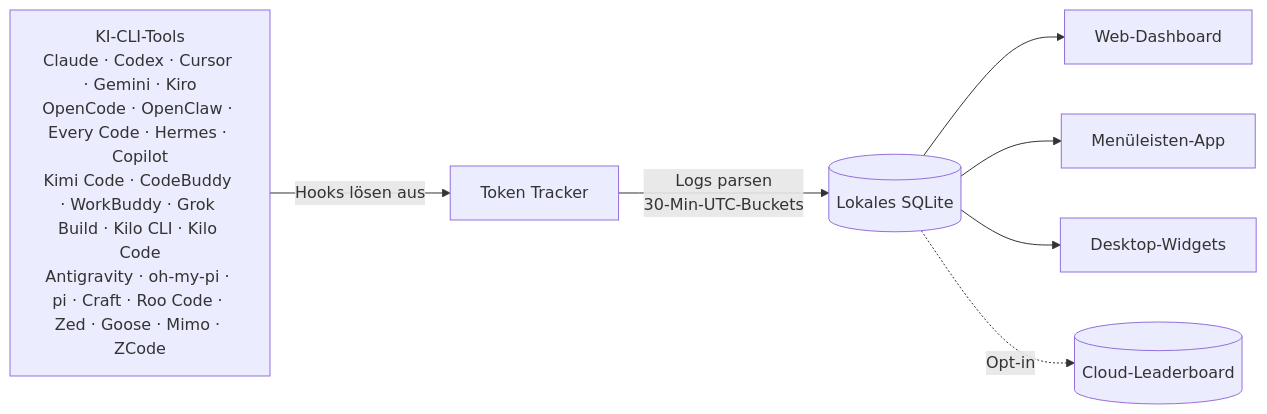
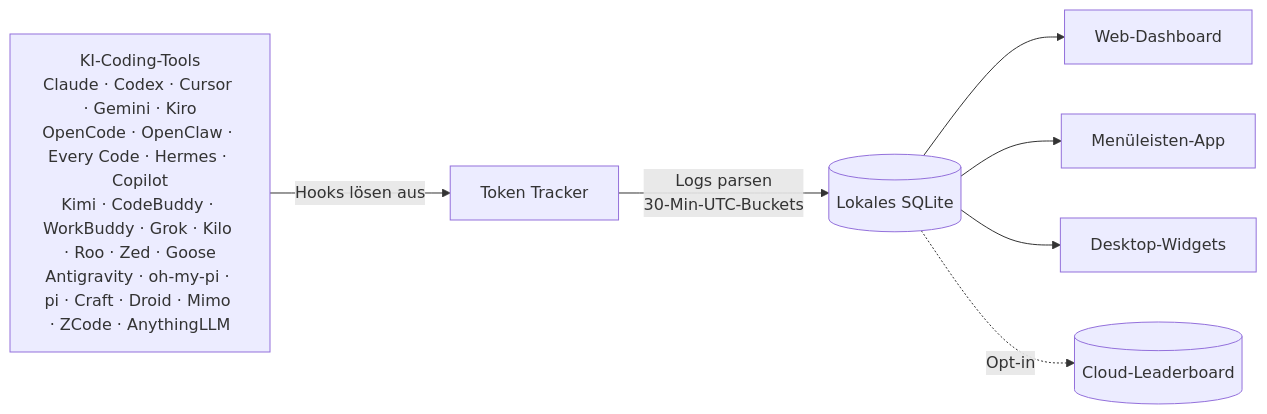
Before and after one commit to mm7894215/TokenTracker: the diagram in README.de.md, drawn with Mermaid. The commit also changed other lines of this file and 20 other files, not shown here.

````diff
--- a/README.de.md
+++ b/README.de.md
@@ -224,10 +226,10 @@
 ```mermaid
 flowchart LR
-    A["KI-CLI-Tools<br/>Claude · Codex · Cursor · Gemini · Kiro<br/>OpenCode · OpenClaw · Every Code · Hermes · Copilot<br/>Kimi Code · CodeBuddy · WorkBuddy · Grok Build · Kilo CLI · Kilo Code<br/>Antigravity · oh-my-pi · pi · Craft · Roo Code · Zed · Goose · Mimo · ZCode"]
+    A["KI-Coding-Tools<br/>Claude · Codex · Cursor · Gemini · Kiro<br/>OpenCode · OpenClaw · Every Code · Hermes · Copilot<br/>Kimi · CodeBuddy · WorkBuddy · Grok · Kilo · Roo · Zed · Goose<br/>Antigravity · oh-my-pi · pi · Craft · Droid · Mimo · ZCode · AnythingLLM"]
     A -->|Hooks lösen aus| B[Token Tracker]
     B -->|Logs parsen<br/>30-Min-UTC-Buckets| C[(Lokales SQLite)]
     C --> D[Web-Dashboard]
     C --> E[Menüleisten-App]
     C --> F[Desktop-Widgets]
     C -.->|Opt-in| G[(Cloud-Leaderboard)]
 ```
````
